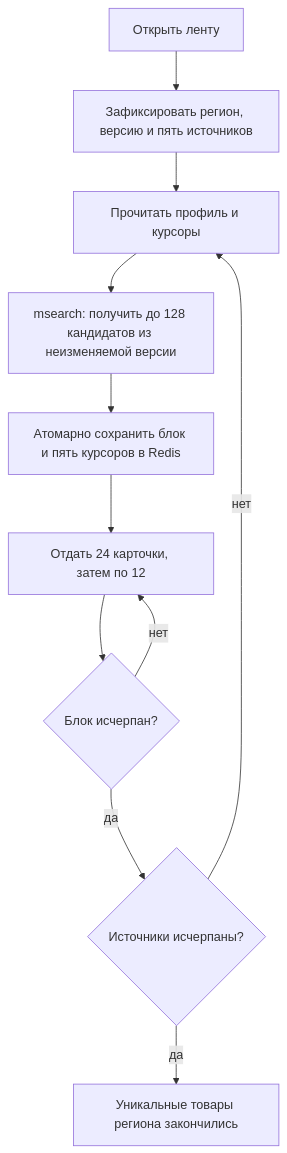
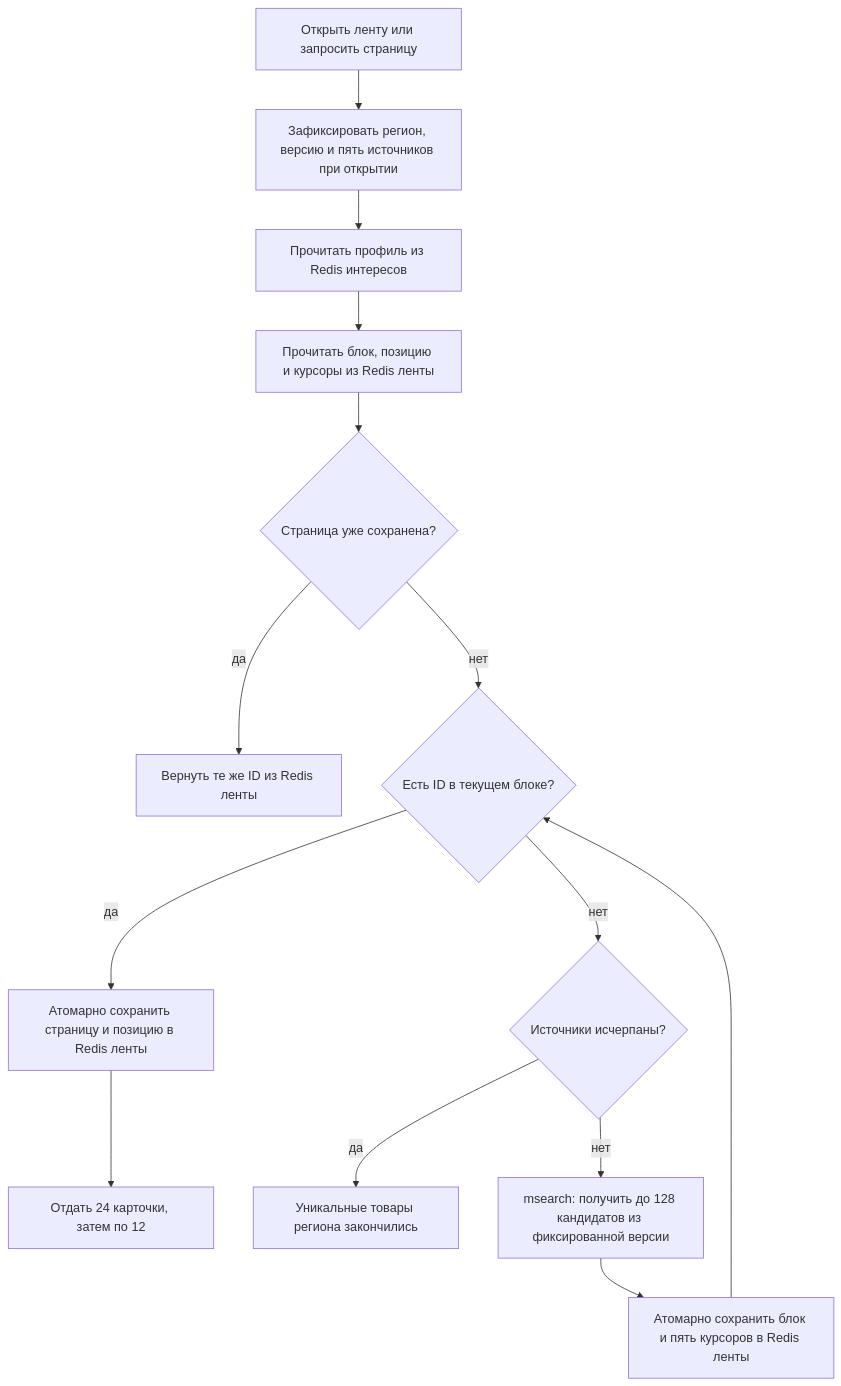
The seventh of 9 diagrams in README.md (amklimenkov752/tp_highload_2026), drawn with Mermaid before and after one commit. The commit also changed other lines of this file, not shown here.

Commit message:
[7] init + fix

````diff
--- a/README.md
+++ b/README.md
@@ -1213,13 +1216,16 @@
 ```mermaid
 flowchart TD
-    A[Открыть ленту] --> B[Зафиксировать регион, версию и пять источников]
-    B --> C[Прочитать профиль и курсоры]
-    C --> D[msearch: получить до 128 кандидатов из неизменяемой версии]
-    D --> E[Атомарно сохранить блок и пять курсоров в Redis]
-    E --> F[Отдать 24 карточки, затем по 12]
-    F --> G{Блок исчерпан?}
-    G -- нет --> F
-    G -- да --> H{Источники исчерпаны?}
-    H -- нет --> C
+    A[Открыть ленту или запросить страницу] --> S[Зафиксировать регион, версию и пять источников при открытии]
+    S --> B[Прочитать профиль из Redis интересов]
+    B --> C[Прочитать блок, позицию и курсоры из Redis ленты]
+    C --> R{Страница уже сохранена?}
+    R -- да --> P[Вернуть те же ID из Redis ленты]
+    R -- нет --> V{Есть ID в текущем блоке?}
+    V -- да --> F[Атомарно сохранить страницу и позицию в Redis ленты]
+    F --> O[Отдать 24 карточки, затем по 12]
+    V -- нет --> H{Источники исчерпаны?}
     H -- да --> I[Уникальные товары региона закончились]
+    H -- нет --> D[msearch: получить до 128 кандидатов из фиксированной версии]
+    D --> E[Атомарно сохранить блок и пять курсоров в Redis ленты]
+    E --> V
 ```
````
